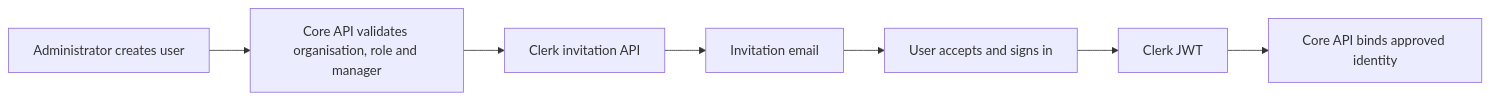
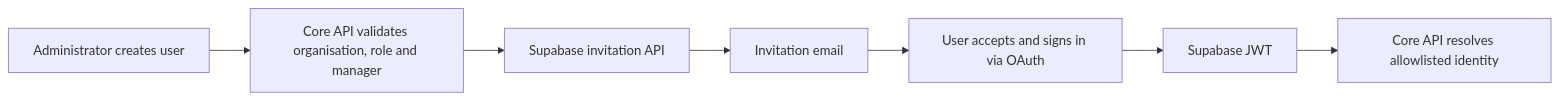
Before and after one commit to Shreesh-Sree/presidio_reimbursement_approval_tool: the fourth of 5 diagrams in README.md, drawn with Mermaid. The commit also changed other lines of this file, not shown here.

First line of the commit message:
docs: rewrite README for current architecture

````diff
--- a/README.md
+++ b/README.md
@@ -189,9 +187,9 @@
 ```mermaid
 flowchart LR
     A[Administrator creates user] --> B[Core API validates organisation, role and manager]
-    B --> C[Clerk invitation API]
+    B --> C[Supabase invitation API]
     C --> D[Invitation email]
-    D --> E[User accepts and signs in]
-    E --> F[Clerk JWT]
-    F --> G[Core API binds approved identity]
+    D --> E[User accepts and signs in via OAuth]
+    E --> F[Supabase JWT]
+    F --> G[Core API resolves allowlisted identity]
 ```
````
